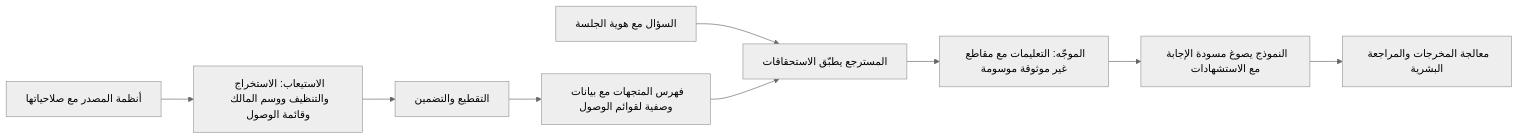
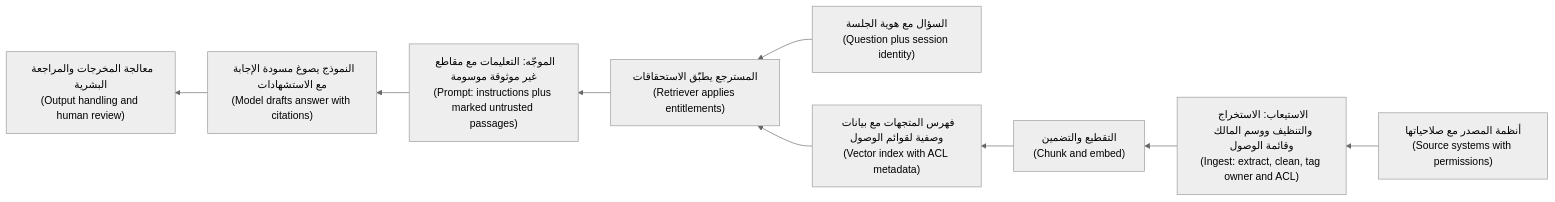
Before and after one commit to Tamoura/system-design-for-vibe-coders: the third of 4 diagrams in secai/modules/09-ai-defence.ar.md, drawn with Mermaid (neutral theme). The commit also changed other lines of this file and 11 other files, not shown here.

First line of the commit message:
Security course: Arabic modules 10–11 reviewed; RTL diagrams with English labels for modules 0–11

````diff
--- a/secai/modules/09-ai-defence.ar.md
+++ b/secai/modules/09-ai-defence.ar.md
@@ -528,11 +528,11 @@
 ```mermaid
-flowchart LR
-    S["أنظمة المصدر مع صلاحياتها"] --> I["الاستيعاب: الاستخراج والتنظيف ووسم المالك وقائمة الوصول"]
-    I --> C["التقطيع والتضمين"]
-    C --> V["فهرس المتجهات مع بيانات وصفية لقوائم الوصول"]
-    Q["السؤال مع هوية الجلسة"] --> R["المسترجع يطبّق الاستحقاقات"]
+flowchart RL
+    S["أنظمة المصدر مع صلاحياتها<br/>(Source systems with permissions)"] --> I["الاستيعاب: الاستخراج والتنظيف ووسم المالك وقائمة الوصول<br/>(Ingest: extract, clean, tag owner and ACL)"]
+    I --> C["التقطيع والتضمين<br/>(Chunk and embed)"]
+    C --> V["فهرس المتجهات مع بيانات وصفية لقوائم الوصول<br/>(Vector index with ACL metadata)"]
+    Q["السؤال مع هوية الجلسة<br/>(Question plus session identity)"] --> R["المسترجع يطبّق الاستحقاقات<br/>(Retriever applies entitlements)"]
     V --> R
-    R --> P["الموجّه: التعليمات مع مقاطع غير موثوقة موسومة"]
-    P --> M["النموذج يصوغ مسودة الإجابة مع الاستشهادات"]
-    M --> O["معالجة المخرجات والمراجعة البشرية"]
+    R --> P["الموجّه: التعليمات مع مقاطع غير موثوقة موسومة<br/>(Prompt: instructions plus marked untrusted passages)"]
+    P --> M["النموذج يصوغ مسودة الإجابة مع الاستشهادات<br/>(Model drafts answer with citations)"]
+    M --> O["معالجة المخرجات والمراجعة البشرية<br/>(Output handling and human review)"]
 ```
````
